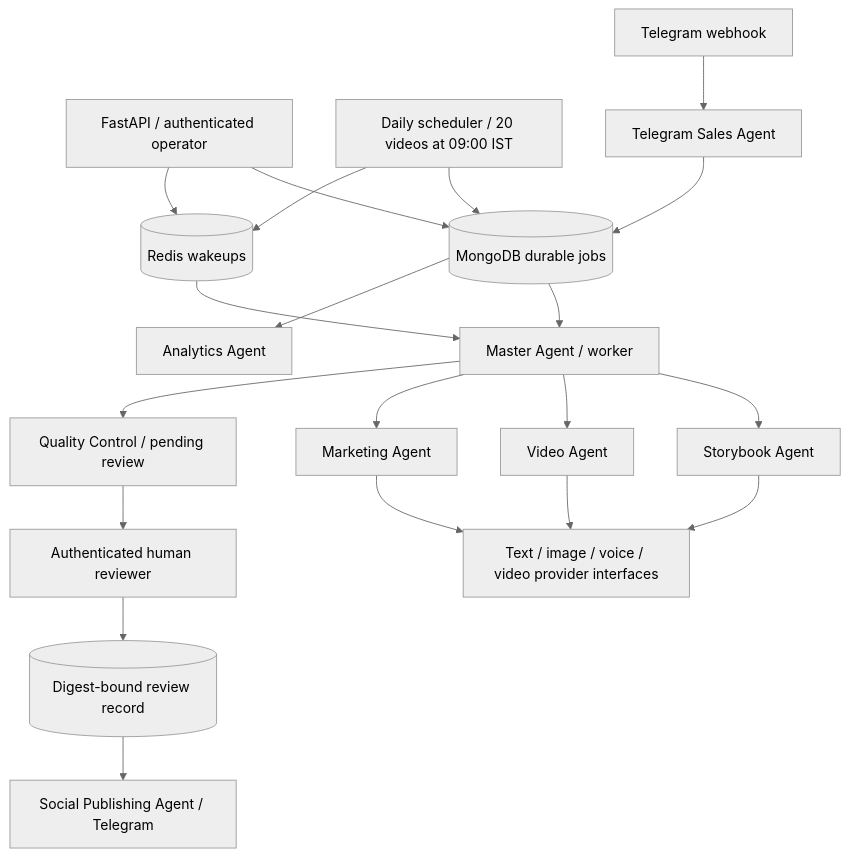
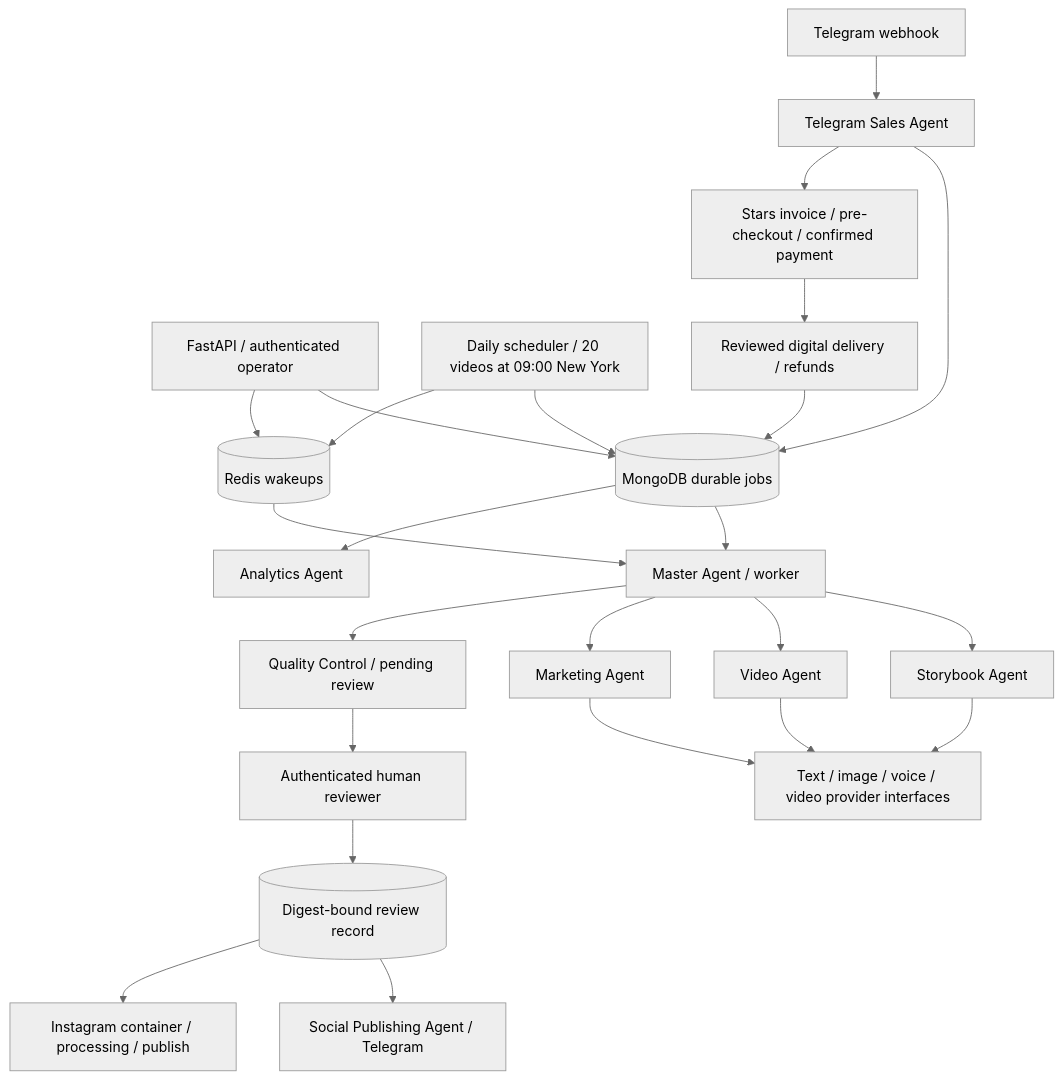
One commit to snsmax/ai-kids-media-agent changed the diagram in docs/architecture.md. Above: the diagram before and after it, drawn with Mermaid (neutral theme). The commit also changed other lines of this file and 24 other files, not shown here.

Commit message:
Automate reviewed Instagram Reels and Telegram Stars commerce for US audience

````diff
--- a/docs/architecture.md
+++ b/docs/architecture.md
@@ -3,22 +3,26 @@
 ```mermaid
 flowchart TD
     API[FastAPI / authenticated operator] --> DB[(MongoDB durable jobs)]
     API --> Redis[(Redis wakeups)]
-    Scheduler[Daily scheduler / 20 videos at 09:00 IST] --> DB
+    Scheduler[Daily scheduler / 20 videos at 09:00 New York] --> DB
     Scheduler --> Redis
     DB --> Master[Master Agent / worker]
     Redis --> Master
     Master --> Story[Storybook Agent]
     Master --> Video[Video Agent]
     Master --> Marketing[Marketing Agent]
     Story --> Providers[Text / image / voice / video provider interfaces]
     Video --> Providers
     Marketing --> Providers
     Master --> QC[Quality Control / pending review]
     QC --> Human[Authenticated human reviewer]
     Human --> Review[(Digest-bound review record)]
     Review --> Publish[Social Publishing Agent / Telegram]
+    Review --> Instagram[Instagram container / processing / publish]
     Telegram[Telegram webhook] --> Sales[Telegram Sales Agent]
     Sales --> DB
+    Sales --> Invoice[Stars invoice / pre-checkout / confirmed payment]
+    Invoice --> Delivery[Reviewed digital delivery / refunds]
+    Delivery --> DB
     DB --> Analytics[Analytics Agent]
 ```
````
